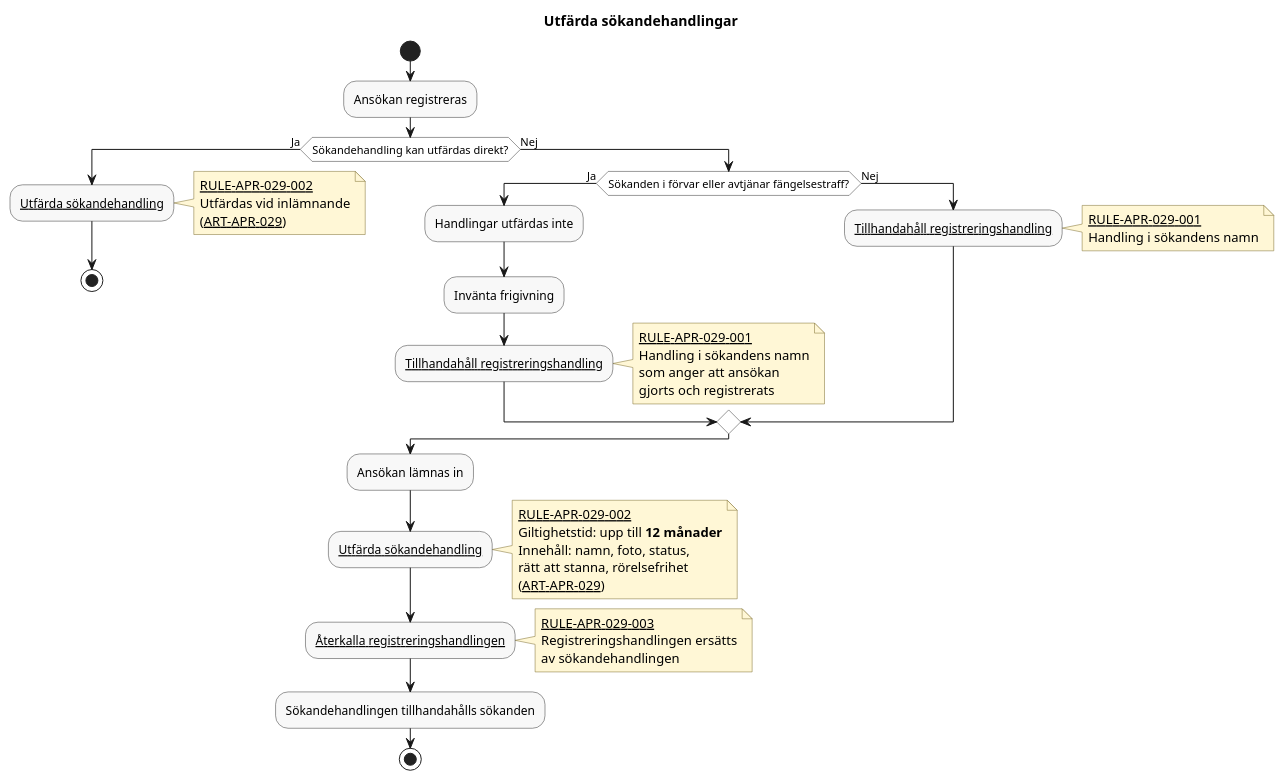
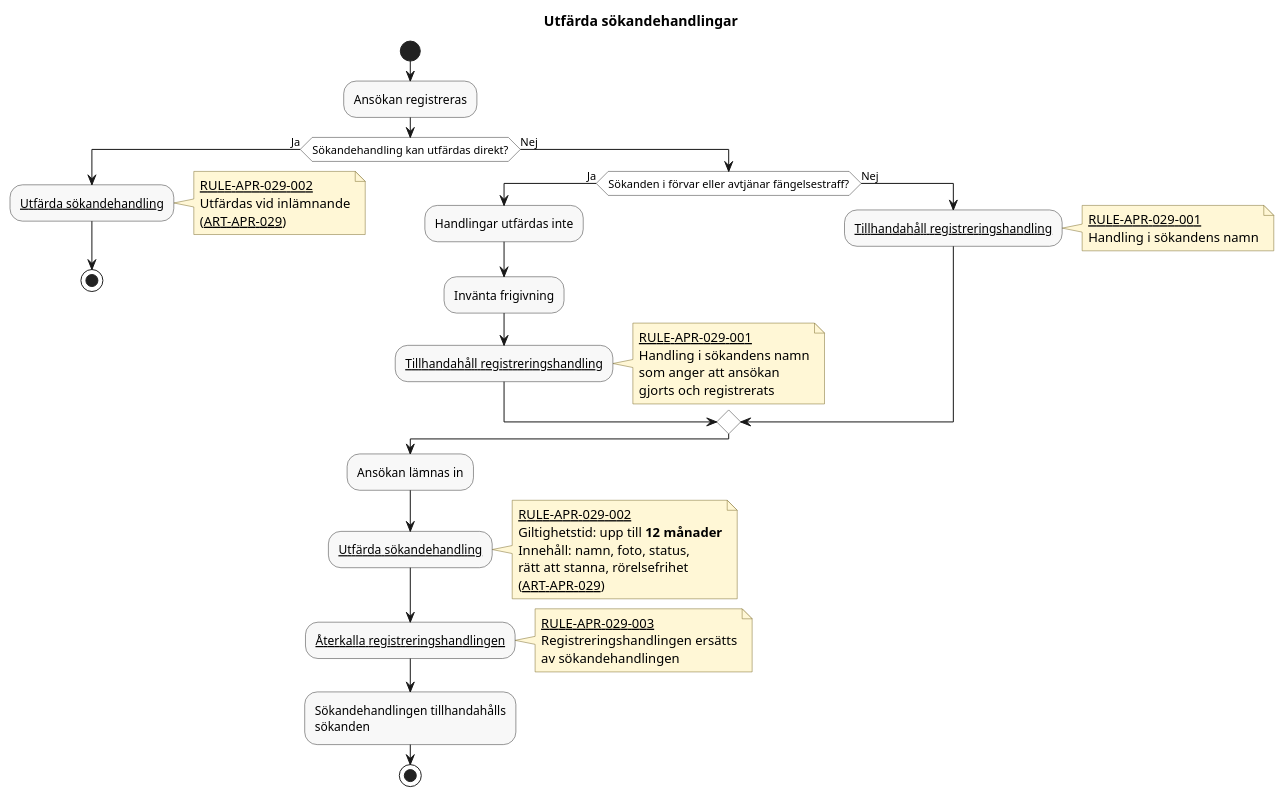
One commit to chrhe894/migration_pact changed the diagram in docs/domains/registration/diagrams/issue-applicant-documents.pu. Above: the diagram before and after it, drawn with PlantUML. The commit also changed 14 other files, not shown here.

Commit message:
Less wide diagrams

```diff
--- a/docs/domains/registration/diagrams/issue-applicant-documents.pu
+++ b/docs/domains/registration/diagrams/issue-applicant-documents.pu
@@ -15,85 +15,85 @@
 @startuml issue-applicant-documents
 
 title Utfärda sökandehandlingar
 
 skinparam shadowing false
 skinparam HyperlinkColor Black
 skinparam HyperlinkUnderline true
 skinparam defaultFontName Arial
 skinparam activity {
   BackgroundColor #F8F8F8
   BorderColor #333333
   DiamondBackgroundColor #FFFFFF
   DiamondBorderColor #333333
 }
 skinparam note {
   BackgroundColor #FFF7D6
   BorderColor #7A6A2A
 }
 
 start
 
 :Ansökan registreras;
 
 if (Sökandehandling kan utfärdas direkt?) then (Ja)
 
     :[[../rules/rule-apr-029-002.md Utfärda sökandehandling]];
     note right
       [[../rules/rule-apr-029-002.md RULE-APR-029-002]]
       Utfärdas vid inlämnande
       ([[../articles/apr-029.md ART-APR-029]])
     end note
 
     stop
 
 else (Nej)
 
     if (Sökanden i förvar eller avtjänar fängelsestraff?) then (Ja)
 
         :Handlingar utfärdas inte;
 
         :Invänta frigivning;
 
         :[[../rules/rule-apr-029-001.md Tillhandahåll registreringshandling]];
         note right
           [[../rules/rule-apr-029-001.md RULE-APR-029-001]]
           Handling i sökandens namn
           som anger att ansökan
           gjorts och registrerats
         end note
 
     else (Nej)
 
         :[[../rules/rule-apr-029-001.md Tillhandahåll registreringshandling]];
         note right
           [[../rules/rule-apr-029-001.md RULE-APR-029-001]]
           Handling i sökandens namn
         end note
 
     endif
 
 endif
 
 :Ansökan lämnas in;
 
 :[[../rules/rule-apr-029-002.md Utfärda sökandehandling]];
 note right
   [[../rules/rule-apr-029-002.md RULE-APR-029-002]]
   Giltighetstid: upp till **12 månader**
   Innehåll: namn, foto, status,
   rätt att stanna, rörelsefrihet
   ([[../articles/apr-029.md ART-APR-029]])
 end note
 
 :[[../rules/rule-apr-029-003.md Återkalla registreringshandlingen]];
 note right
   [[../rules/rule-apr-029-003.md RULE-APR-029-003]]
   Registreringshandlingen ersätts
   av sökandehandlingen
 end note
 
-:Sökandehandlingen tillhandahålls sökanden;
+:Sökandehandlingen tillhandahålls\nsökanden;
 
 stop
 
 @enduml
```
